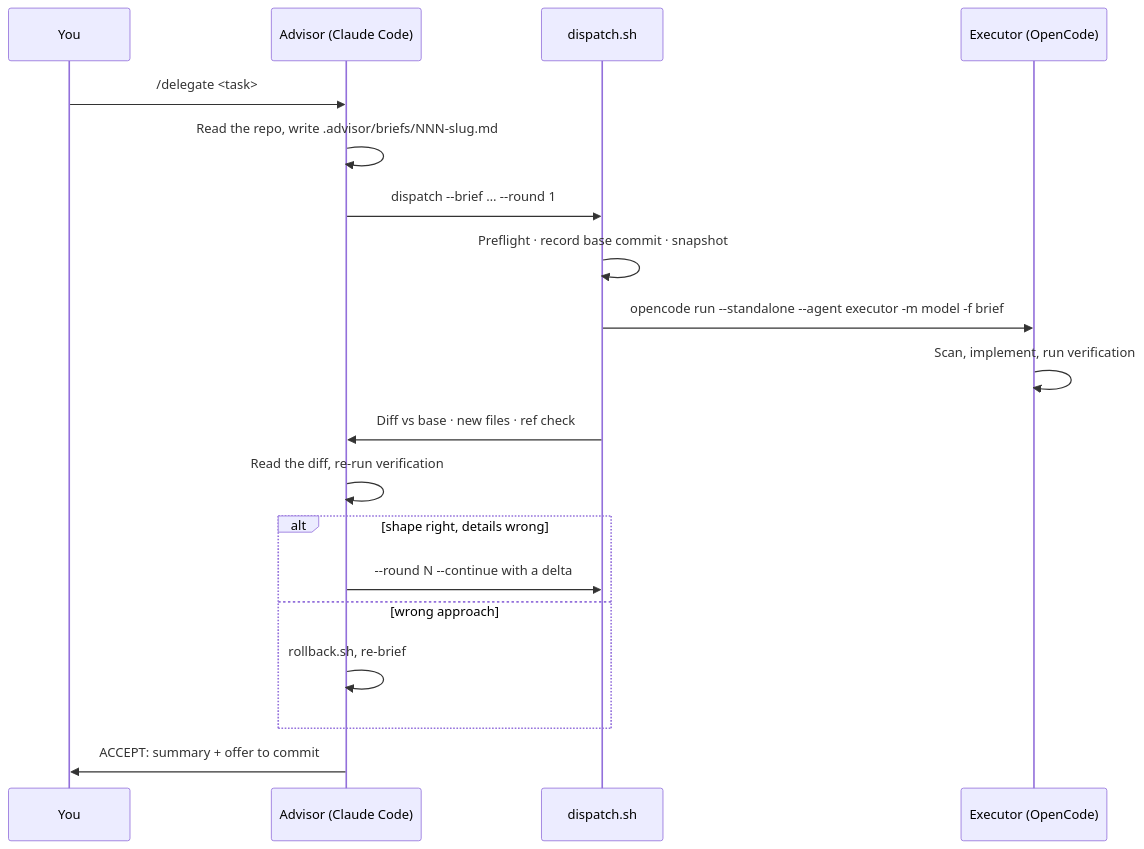
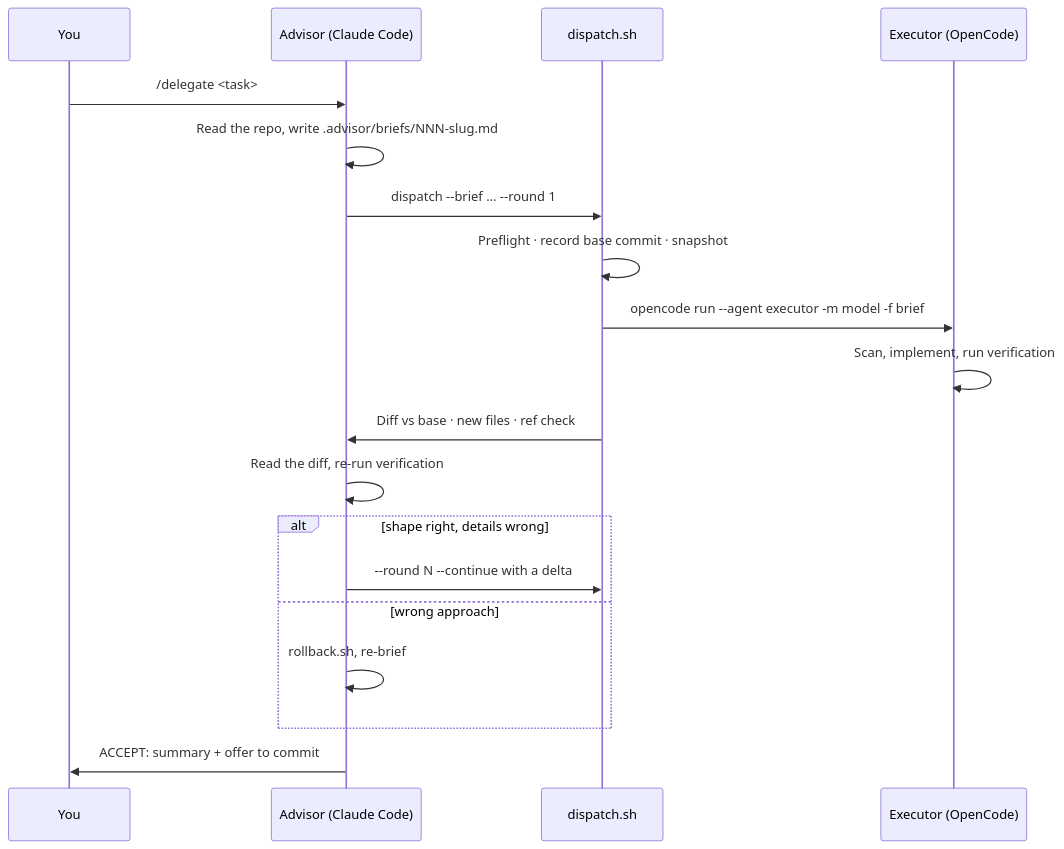
One commit to lerichjam/delegate changed the diagram in README.md. Above: the diagram before and after it, drawn with Mermaid. The commit also changed other lines of this file and 12 other files, not shown here.

````diff
--- a/README.md
+++ b/README.md
@@ -28,21 +28,21 @@
 ```mermaid
 sequenceDiagram
     participant U as You
     participant A as Advisor (Claude Code)
     participant D as dispatch.sh
     participant E as Executor (OpenCode)
     U->>A: /delegate <task>
     A->>A: Read the repo, write .advisor/briefs/NNN-slug.md
     A->>D: dispatch --brief … --round 1
     D->>D: Preflight · record base commit · snapshot
-    D->>E: opencode run --standalone --agent executor -m model -f brief
+    D->>E: opencode run --agent executor -m model -f brief
     E->>E: Scan, implement, run verification
     D->>A: Diff vs base · new files · ref check
     A->>A: Read the diff, re-run verification
     alt shape right, details wrong
         A->>D: --round N --continue with a delta
     else wrong approach
         A->>A: rollback.sh, re-brief
     end
     A->>U: ACCEPT: summary + offer to commit
 ```
````
